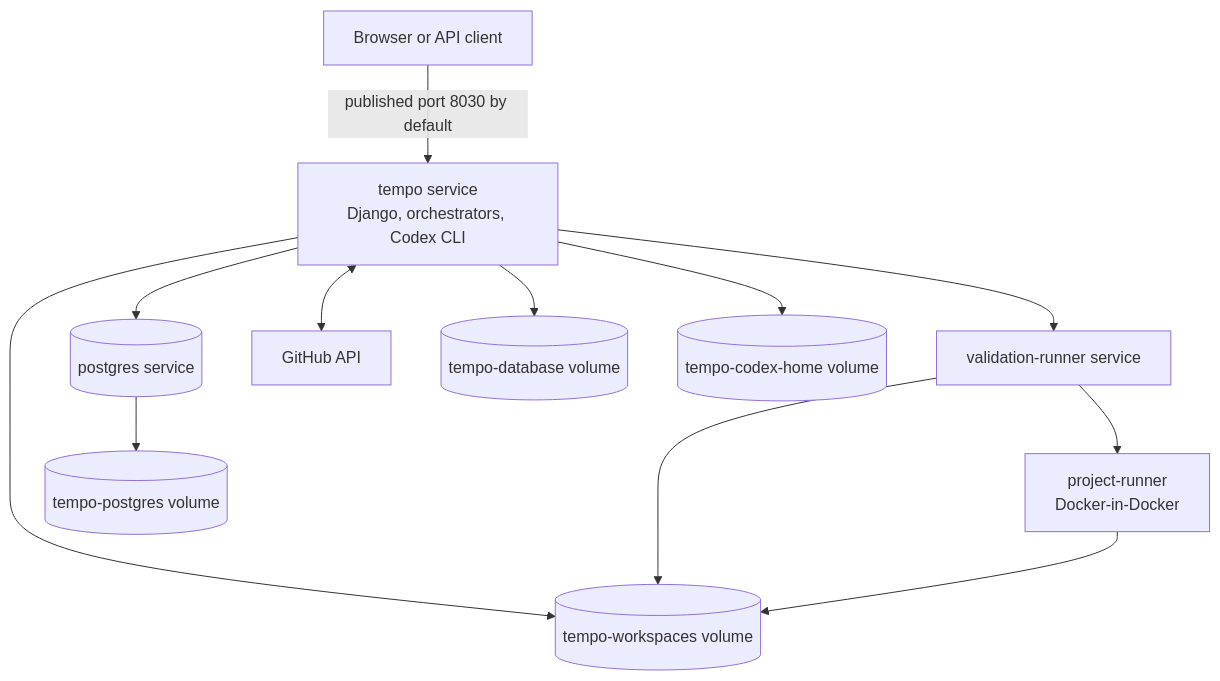
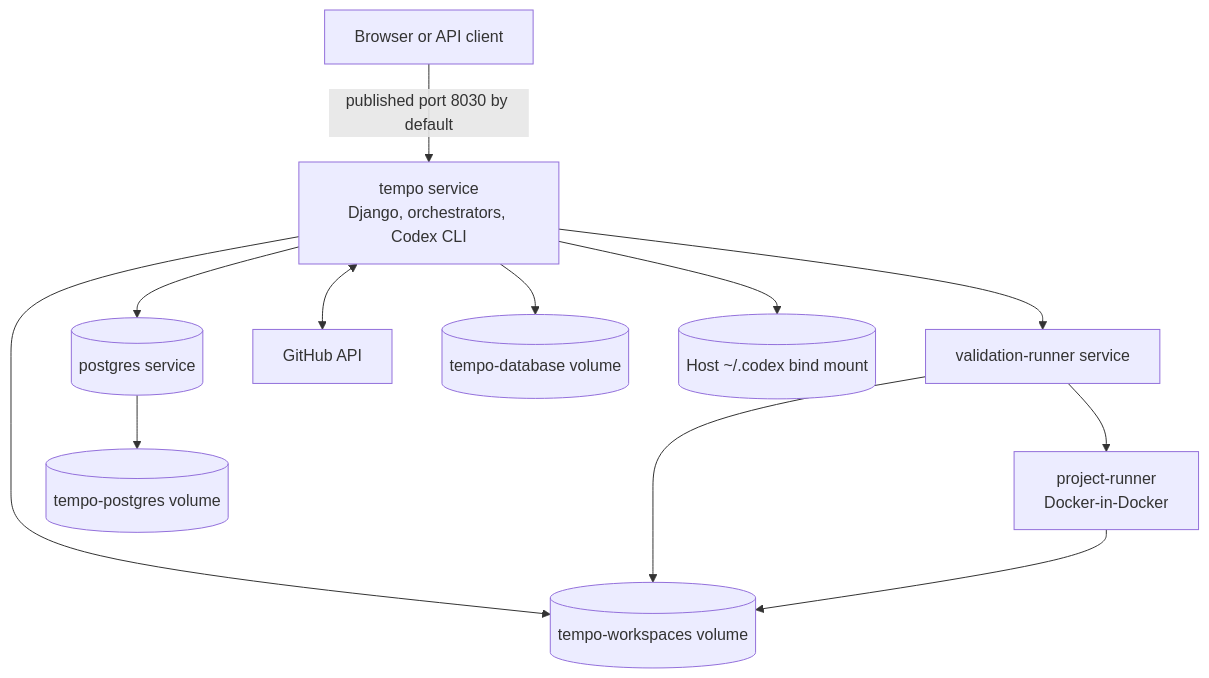
One commit to mahfouzalsheikh/tempo changed diagram 12 of 12 in docs/ARCHITECTURE.md. Above: the diagram before and after it, drawn with Mermaid. The commit also changed other lines of this file and 12 other files, not shown here.

````diff
--- a/docs/ARCHITECTURE.md
+++ b/docs/ARCHITECTURE.md
@@ -729,25 +745,25 @@
 ```mermaid
 flowchart TB
     Client["Browser or API client"]
     Tempo["tempo service<br/>Django, orchestrators, Codex CLI"]
     Postgres[("postgres service")]
     Validation["validation-runner service"]
     DinD["project-runner<br/>Docker-in-Docker"]
     GitHub["GitHub API"]
     Workspaces[("tempo-workspaces volume")]
     DBFallback[("tempo-database volume")]
-    CodexHome[("tempo-codex-home volume")]
+    CodexHome[("Host ~/.codex bind mount")]
     PGData[("tempo-postgres volume")]
 
     Client -->|published port 8030 by default| Tempo
     Tempo --> Postgres
     Postgres --> PGData
     Tempo <--> GitHub
     Tempo --> Validation
     Tempo --> Workspaces
     Validation --> Workspaces
     Validation --> DinD
     DinD --> Workspaces
     Tempo --> DBFallback
     Tempo --> CodexHome
 ```
````
